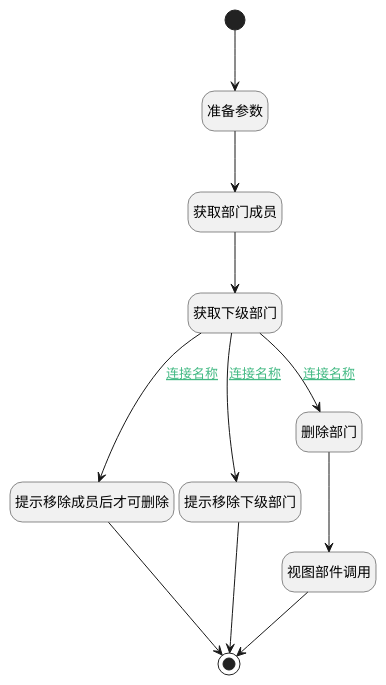
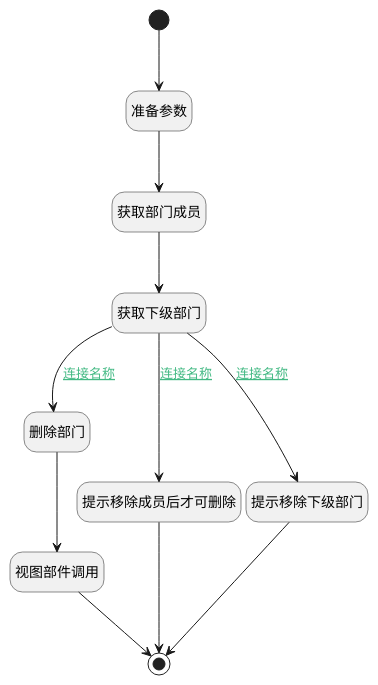
Before and after one commit to iBizLab/plm: the diagram in doc/docsify/module/Base/user/uilogic/trash_dept.md, drawn with PlantUML. The commit also changed other lines of this file and 1473 other files, not shown here.

````diff
--- a/doc/docsify/module/Base/user/uilogic/trash_dept.md
+++ b/doc/docsify/module/Base/user/uilogic/trash_dept.md
@@ -7,35 +7,35 @@
 ```plantuml
 @startuml
 hide footbox
 <style>
 root {
   HyperlinkColor #42b983
 }
 </style>
 
 hide empty description
 state "开始" as Begin <<start>> [[$./trash_dept#begin {开始}]]
+state "获取部门成员" as USER  [[$./trash_dept#user {获取部门成员}]]
+state "结束" as END1 <<end>> [[$./trash_dept#end1 {结束}]]
+state "视图部件调用" as VIEWCTRLINVOKE1  [[$./trash_dept#viewctrlinvoke1 {视图部件调用}]]
+state "删除部门" as DEUIACTION1  [[$./trash_dept#deuiaction1 {删除部门}]]
 state "提示移除成员后才可删除" as RAWJSCODE1  [[$./trash_dept#rawjscode1 {提示移除成员后才可删除}]]
+state "准备参数" as PREPAREJSPARAM1  [[$./trash_dept#preparejsparam1 {准备参数}]]
+state "提示移除下级部门" as RAWJSCODE2  [[$./trash_dept#rawjscode2 {提示移除下级部门}]]
 state "获取下级部门" as DEPARTMENT  [[$./trash_dept#department {获取下级部门}]]
-state "结束" as END1 <<end>> [[$./trash_dept#end1 {结束}]]
-state "准备参数" as PREPAREJSPARAM1  [[$./trash_dept#preparejsparam1 {准备参数}]]
-state "视图部件调用" as VIEWCTRLINVOKE1  [[$./trash_dept#viewctrlinvoke1 {视图部件调用}]]
-state "获取部门成员" as USER  [[$./trash_dept#user {获取部门成员}]]
-state "提示移除下级部门" as RAWJSCODE2  [[$./trash_dept#rawjscode2 {提示移除下级部门}]]
-state "删除部门" as DEUIACTION1  [[$./trash_dept#deuiaction1 {删除部门}]]
 
 
 Begin --> PREPAREJSPARAM1
 PREPAREJSPARAM1 --> USER
 USER --> DEPARTMENT
 DEPARTMENT --> DEUIACTION1 : [[$./trash_dept#department-deuiaction1{连接名称} 连接名称]]
 DEUIACTION1 --> VIEWCTRLINVOKE1
 VIEWCTRLINVOKE1 --> END1
 DEPARTMENT --> RAWJSCODE1 : [[$./trash_dept#department-rawjscode1{连接名称} 连接名称]]
 RAWJSCODE1 --> END1
 DEPARTMENT --> RAWJSCODE2 : [[$./trash_dept#department-rawjscode2{连接名称} 连接名称]]
 RAWJSCODE2 --> END1
 
 
 @enduml
 ```
````
